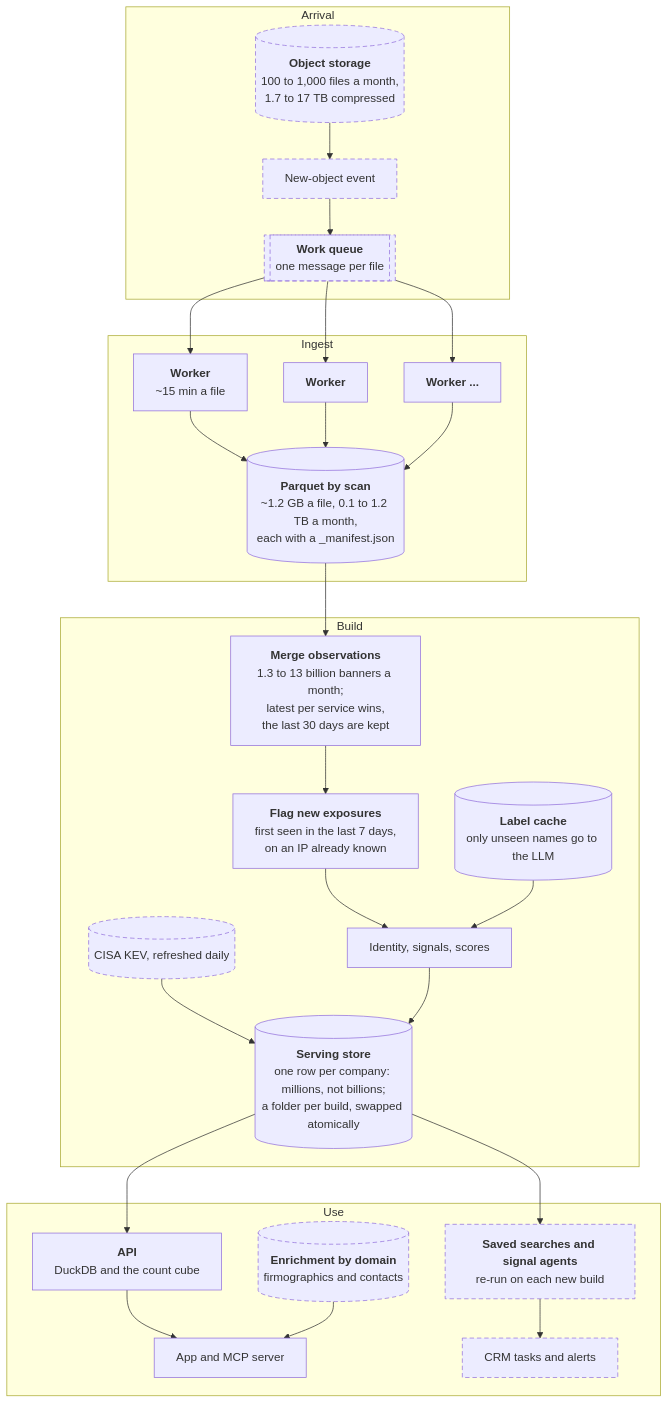
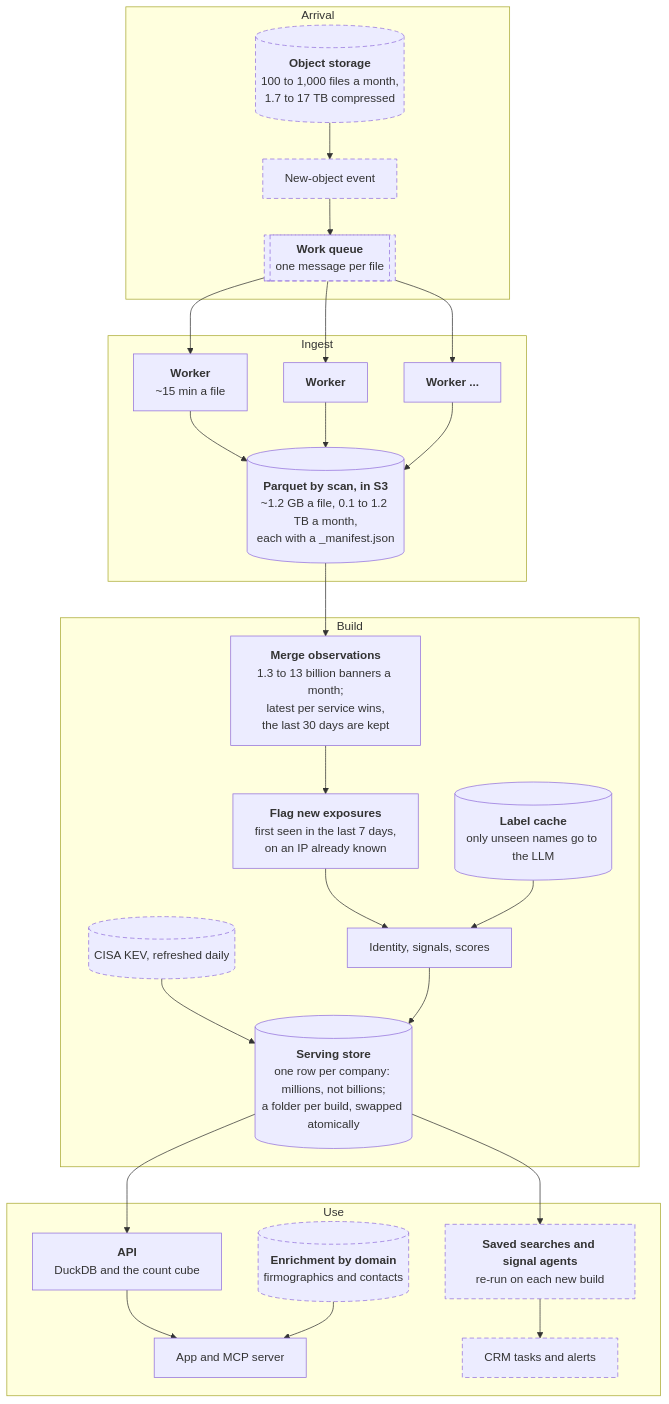
One commit to SahilChoudhary22/recon-sales-intelligence changed the third of 7 diagrams in docs/architecture.md. Above: the diagram before and after it, drawn with Mermaid. The commit also changed other lines of this file and 1 other file, not shown here.

Commit message:
Docs: scan Parquet and serving stores in S3 in production; when the serving store moves to ClickHouse

````diff
--- a/docs/architecture.md
+++ b/docs/architecture.md
@@ -65,27 +65,27 @@
 ```mermaid
 flowchart TB
   subgraph arrive["Arrival"]
     bucket[("<b>Object storage</b><br/>100 to 1,000 files a month,<br/>1.7 to 17 TB compressed")]:::designed --> event["New-object event"]:::designed
     event --> queue[["<b>Work queue</b><br/>one message per file"]]:::designed
   end
   subgraph ingest["Ingest"]
     queue --> w1["<b>Worker</b><br/>~15 min a file"] & w2["<b>Worker</b>"] & w3["<b>Worker ...</b>"]
-    w1 & w2 & w3 --> lake[("<b>Parquet by scan</b><br/>~1.2 GB a file, 0.1 to 1.2 TB a month,<br/>each with a _manifest.json")]
+    w1 & w2 & w3 --> lake[("<b>Parquet by scan, in S3</b><br/>~1.2 GB a file, 0.1 to 1.2 TB a month,<br/>each with a _manifest.json")]
   end
   subgraph build["Build"]
     lake --> merge["<b>Merge observations</b><br/>1.3 to 13 billion banners a month;<br/>latest per service wins,<br/>the last 30 days are kept"]
     merge --> fresh["<b>Flag new exposures</b><br/>first seen in the last 7 days,<br/>on an IP already known"]
     fresh --> score["Identity, signals, scores"]
     labels[("<b>Label cache</b><br/>only unseen names go to the LLM")] --> score
     kev[("CISA KEV, refreshed daily")]:::designed --> index
     score --> index[("<b>Serving store</b><br/>one row per company: millions, not billions;<br/>a folder per build, swapped atomically")]
   end
   subgraph use["Use"]
     index --> api["<b>API</b><br/>DuckDB and the count cube"]
     api --> app["App and MCP server"]
     index --> agents["<b>Saved searches and signal agents</b><br/>re-run on each new build"]:::designed
     agents --> crm["CRM tasks and alerts"]:::designed
     enrich[("<b>Enrichment by domain</b><br/>firmographics and contacts")]:::designed --> app
   end
   classDef designed stroke-dasharray: 6 4
 ```
````
